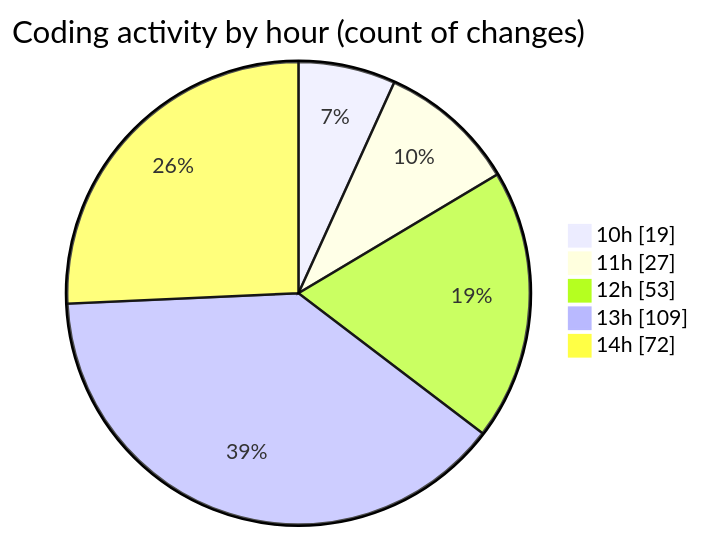
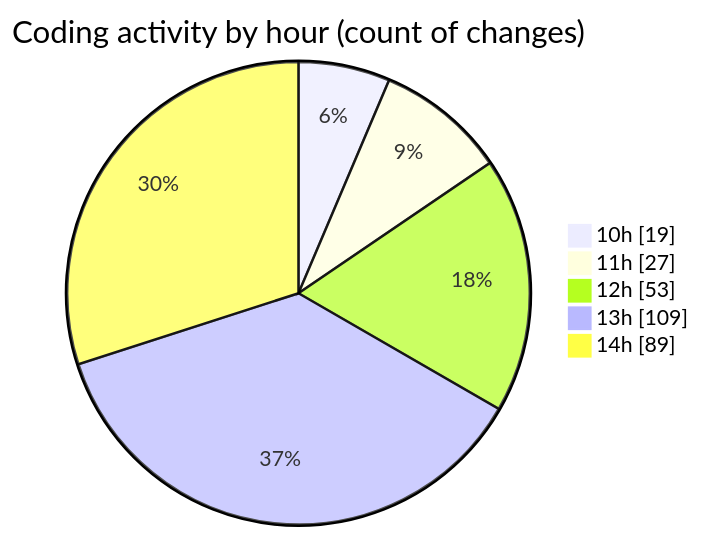
The second of 2 diagrams in 2025-03-18/cda/README.md (momahboobian/code-tracking), drawn with Mermaid before and after one commit. The commit also changed other lines of this file and 1 other file, not shown here.

````diff
--- a/2025-03-18/cda/README.md
+++ b/2025-03-18/cda/README.md
@@ -42,9 +42,9 @@
 ```mermaid
 pie showData
 title Coding activity by hour (count of changes)
 "10h" : 19
 "11h" : 27
 "12h" : 53
 "13h" : 109
-"14h" : 72
+"14h" : 89
 ```
````
